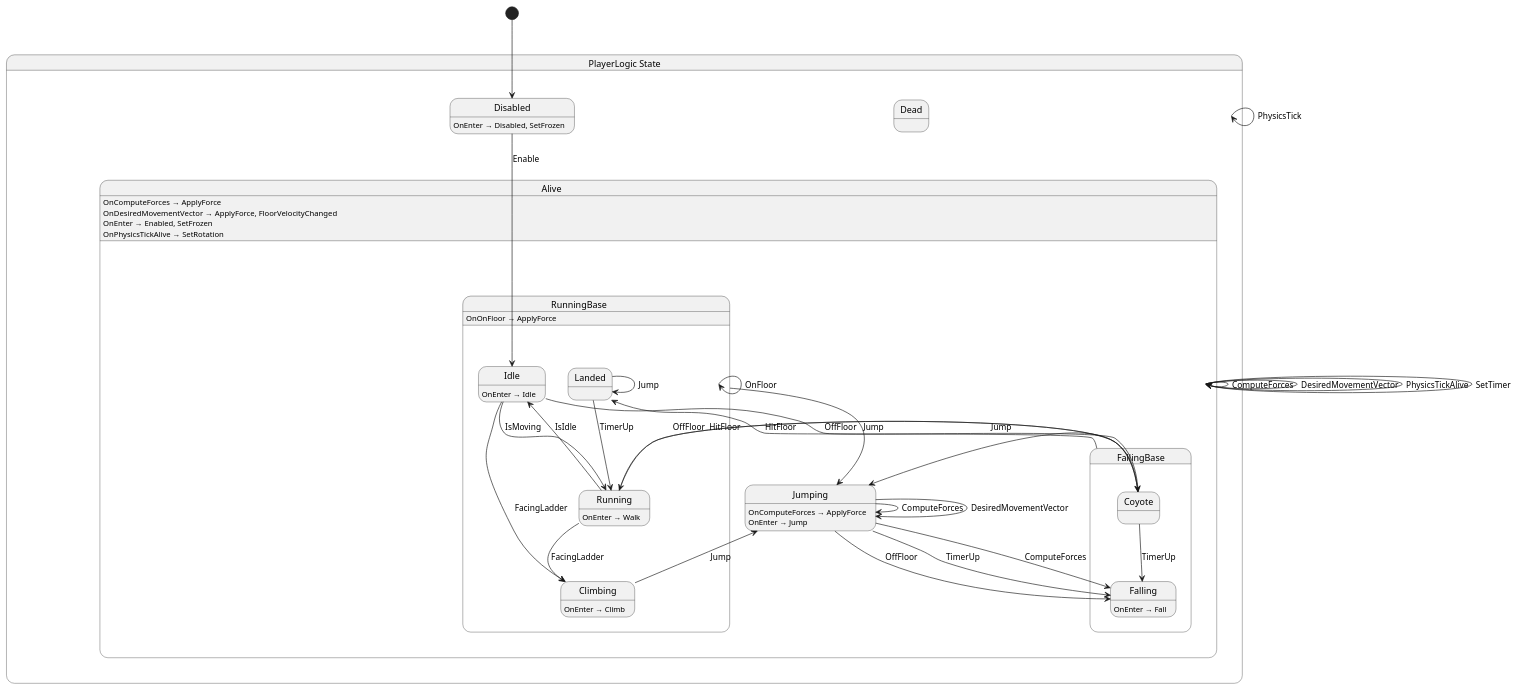
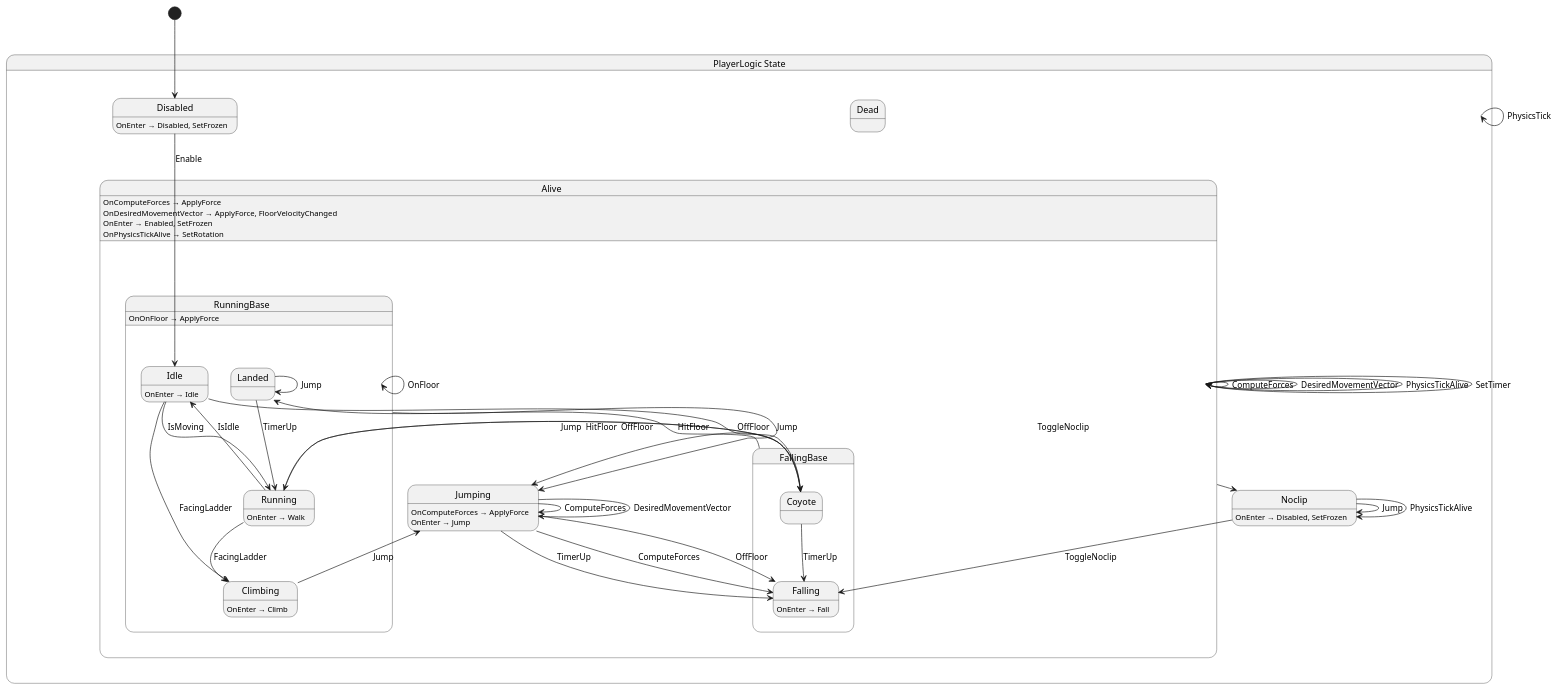
The diagram in Src/Play/Player/Humanoid/State/PlayerLogic.g.puml (Natelytle/Jomolith), drawn with PlantUML before and after one commit. The commit also changed 6 other files, not shown here.

```diff
--- a/Src/Play/Player/Humanoid/State/PlayerLogic.g.puml
+++ b/Src/Play/Player/Humanoid/State/PlayerLogic.g.puml
@@ -1,61 +1,67 @@
 @startuml PlayerLogic
 state "PlayerLogic State" as Jomolith_Play_Player_Humanoid_State_PlayerLogic_PlayerState {
   state "Alive" as Jomolith_Play_Player_Humanoid_State_PlayerLogic_PlayerState_Alive {
     state "FallingBase" as Jomolith_Play_Player_Humanoid_State_PlayerLogic_PlayerState_FallingBase {
       state "Coyote" as Jomolith_Play_Player_Humanoid_State_PlayerLogic_PlayerState_Coyote
       state "Falling" as Jomolith_Play_Player_Humanoid_State_PlayerLogic_PlayerState_Falling
     }
     state "Jumping" as Jomolith_Play_Player_Humanoid_State_PlayerLogic_PlayerState_Jumping
     state "RunningBase" as Jomolith_Play_Player_Humanoid_State_PlayerLogic_PlayerState_RunningBase {
       state "Climbing" as Jomolith_Play_Player_Humanoid_State_PlayerLogic_PlayerState_Climbing
       state "Idle" as Jomolith_Play_Player_Humanoid_State_PlayerLogic_PlayerState_Idle
       state "Landed" as Jomolith_Play_Player_Humanoid_State_PlayerLogic_PlayerState_Landed
       state "Running" as Jomolith_Play_Player_Humanoid_State_PlayerLogic_PlayerState_Running
     }
   }
   state "Dead" as Jomolith_Play_Player_Humanoid_State_PlayerLogic_PlayerState_Dead
   state "Disabled" as Jomolith_Play_Player_Humanoid_State_PlayerLogic_PlayerState_Disabled
+  state "Noclip" as Jomolith_Play_Player_Humanoid_State_PlayerLogic_PlayerState_Noclip
 }
 
 Jomolith_Play_Player_Humanoid_State_PlayerLogic_PlayerState --> Jomolith_Play_Player_Humanoid_State_PlayerLogic_PlayerState : PhysicsTick
 Jomolith_Play_Player_Humanoid_State_PlayerLogic_PlayerState_Alive --> Jomolith_Play_Player_Humanoid_State_PlayerLogic_PlayerState_Alive : ComputeForces
 Jomolith_Play_Player_Humanoid_State_PlayerLogic_PlayerState_Alive --> Jomolith_Play_Player_Humanoid_State_PlayerLogic_PlayerState_Alive : DesiredMovementVector
 Jomolith_Play_Player_Humanoid_State_PlayerLogic_PlayerState_Alive --> Jomolith_Play_Player_Humanoid_State_PlayerLogic_PlayerState_Alive : PhysicsTickAlive
 Jomolith_Play_Player_Humanoid_State_PlayerLogic_PlayerState_Alive --> Jomolith_Play_Player_Humanoid_State_PlayerLogic_PlayerState_Alive : SetTimer
+Jomolith_Play_Player_Humanoid_State_PlayerLogic_PlayerState_Alive --> Jomolith_Play_Player_Humanoid_State_PlayerLogic_PlayerState_Noclip : ToggleNoclip
 Jomolith_Play_Player_Humanoid_State_PlayerLogic_PlayerState_Climbing --> Jomolith_Play_Player_Humanoid_State_PlayerLogic_PlayerState_Jumping : Jump
 Jomolith_Play_Player_Humanoid_State_PlayerLogic_PlayerState_Coyote --> Jomolith_Play_Player_Humanoid_State_PlayerLogic_PlayerState_Falling : TimerUp
 Jomolith_Play_Player_Humanoid_State_PlayerLogic_PlayerState_Coyote --> Jomolith_Play_Player_Humanoid_State_PlayerLogic_PlayerState_Jumping : Jump
 Jomolith_Play_Player_Humanoid_State_PlayerLogic_PlayerState_Coyote --> Jomolith_Play_Player_Humanoid_State_PlayerLogic_PlayerState_Running : HitFloor
 Jomolith_Play_Player_Humanoid_State_PlayerLogic_PlayerState_Disabled --> Jomolith_Play_Player_Humanoid_State_PlayerLogic_PlayerState_Idle : Enable
 Jomolith_Play_Player_Humanoid_State_PlayerLogic_PlayerState_FallingBase --> Jomolith_Play_Player_Humanoid_State_PlayerLogic_PlayerState_Landed : HitFloor
 Jomolith_Play_Player_Humanoid_State_PlayerLogic_PlayerState_Idle --> Jomolith_Play_Player_Humanoid_State_PlayerLogic_PlayerState_Climbing : FacingLadder
 Jomolith_Play_Player_Humanoid_State_PlayerLogic_PlayerState_Idle --> Jomolith_Play_Player_Humanoid_State_PlayerLogic_PlayerState_Coyote : OffFloor
 Jomolith_Play_Player_Humanoid_State_PlayerLogic_PlayerState_Idle --> Jomolith_Play_Player_Humanoid_State_PlayerLogic_PlayerState_Running : IsMoving
 Jomolith_Play_Player_Humanoid_State_PlayerLogic_PlayerState_Jumping --> Jomolith_Play_Player_Humanoid_State_PlayerLogic_PlayerState_Falling : ComputeForces
 Jomolith_Play_Player_Humanoid_State_PlayerLogic_PlayerState_Jumping --> Jomolith_Play_Player_Humanoid_State_PlayerLogic_PlayerState_Falling : OffFloor
 Jomolith_Play_Player_Humanoid_State_PlayerLogic_PlayerState_Jumping --> Jomolith_Play_Player_Humanoid_State_PlayerLogic_PlayerState_Falling : TimerUp
 Jomolith_Play_Player_Humanoid_State_PlayerLogic_PlayerState_Jumping --> Jomolith_Play_Player_Humanoid_State_PlayerLogic_PlayerState_Jumping : ComputeForces
 Jomolith_Play_Player_Humanoid_State_PlayerLogic_PlayerState_Jumping --> Jomolith_Play_Player_Humanoid_State_PlayerLogic_PlayerState_Jumping : DesiredMovementVector
 Jomolith_Play_Player_Humanoid_State_PlayerLogic_PlayerState_Landed --> Jomolith_Play_Player_Humanoid_State_PlayerLogic_PlayerState_Landed : Jump
 Jomolith_Play_Player_Humanoid_State_PlayerLogic_PlayerState_Landed --> Jomolith_Play_Player_Humanoid_State_PlayerLogic_PlayerState_Running : TimerUp
+Jomolith_Play_Player_Humanoid_State_PlayerLogic_PlayerState_Noclip --> Jomolith_Play_Player_Humanoid_State_PlayerLogic_PlayerState_Falling : ToggleNoclip
+Jomolith_Play_Player_Humanoid_State_PlayerLogic_PlayerState_Noclip --> Jomolith_Play_Player_Humanoid_State_PlayerLogic_PlayerState_Noclip : Jump
+Jomolith_Play_Player_Humanoid_State_PlayerLogic_PlayerState_Noclip --> Jomolith_Play_Player_Humanoid_State_PlayerLogic_PlayerState_Noclip : PhysicsTickAlive
 Jomolith_Play_Player_Humanoid_State_PlayerLogic_PlayerState_Running --> Jomolith_Play_Player_Humanoid_State_PlayerLogic_PlayerState_Climbing : FacingLadder
 Jomolith_Play_Player_Humanoid_State_PlayerLogic_PlayerState_Running --> Jomolith_Play_Player_Humanoid_State_PlayerLogic_PlayerState_Coyote : OffFloor
 Jomolith_Play_Player_Humanoid_State_PlayerLogic_PlayerState_Running --> Jomolith_Play_Player_Humanoid_State_PlayerLogic_PlayerState_Idle : IsIdle
 Jomolith_Play_Player_Humanoid_State_PlayerLogic_PlayerState_RunningBase --> Jomolith_Play_Player_Humanoid_State_PlayerLogic_PlayerState_Jumping : Jump
 Jomolith_Play_Player_Humanoid_State_PlayerLogic_PlayerState_RunningBase --> Jomolith_Play_Player_Humanoid_State_PlayerLogic_PlayerState_RunningBase : OnFloor
 
 Jomolith_Play_Player_Humanoid_State_PlayerLogic_PlayerState_Alive : OnComputeForces → ApplyForce
 Jomolith_Play_Player_Humanoid_State_PlayerLogic_PlayerState_Alive : OnDesiredMovementVector → ApplyForce, FloorVelocityChanged
 Jomolith_Play_Player_Humanoid_State_PlayerLogic_PlayerState_Alive : OnEnter → Enabled, SetFrozen
 Jomolith_Play_Player_Humanoid_State_PlayerLogic_PlayerState_Alive : OnPhysicsTickAlive → SetRotation
 Jomolith_Play_Player_Humanoid_State_PlayerLogic_PlayerState_Climbing : OnEnter → Climb
 Jomolith_Play_Player_Humanoid_State_PlayerLogic_PlayerState_Disabled : OnEnter → Disabled, SetFrozen
 Jomolith_Play_Player_Humanoid_State_PlayerLogic_PlayerState_Falling : OnEnter → Fall
 Jomolith_Play_Player_Humanoid_State_PlayerLogic_PlayerState_Idle : OnEnter → Idle
 Jomolith_Play_Player_Humanoid_State_PlayerLogic_PlayerState_Jumping : OnComputeForces → ApplyForce
 Jomolith_Play_Player_Humanoid_State_PlayerLogic_PlayerState_Jumping : OnEnter → Jump
+Jomolith_Play_Player_Humanoid_State_PlayerLogic_PlayerState_Noclip : OnEnter → Disabled, SetFrozen
 Jomolith_Play_Player_Humanoid_State_PlayerLogic_PlayerState_Running : OnEnter → Walk
 Jomolith_Play_Player_Humanoid_State_PlayerLogic_PlayerState_RunningBase : OnOnFloor → ApplyForce
 
 [*] --> Jomolith_Play_Player_Humanoid_State_PlayerLogic_PlayerState_Disabled
 @enduml
```
